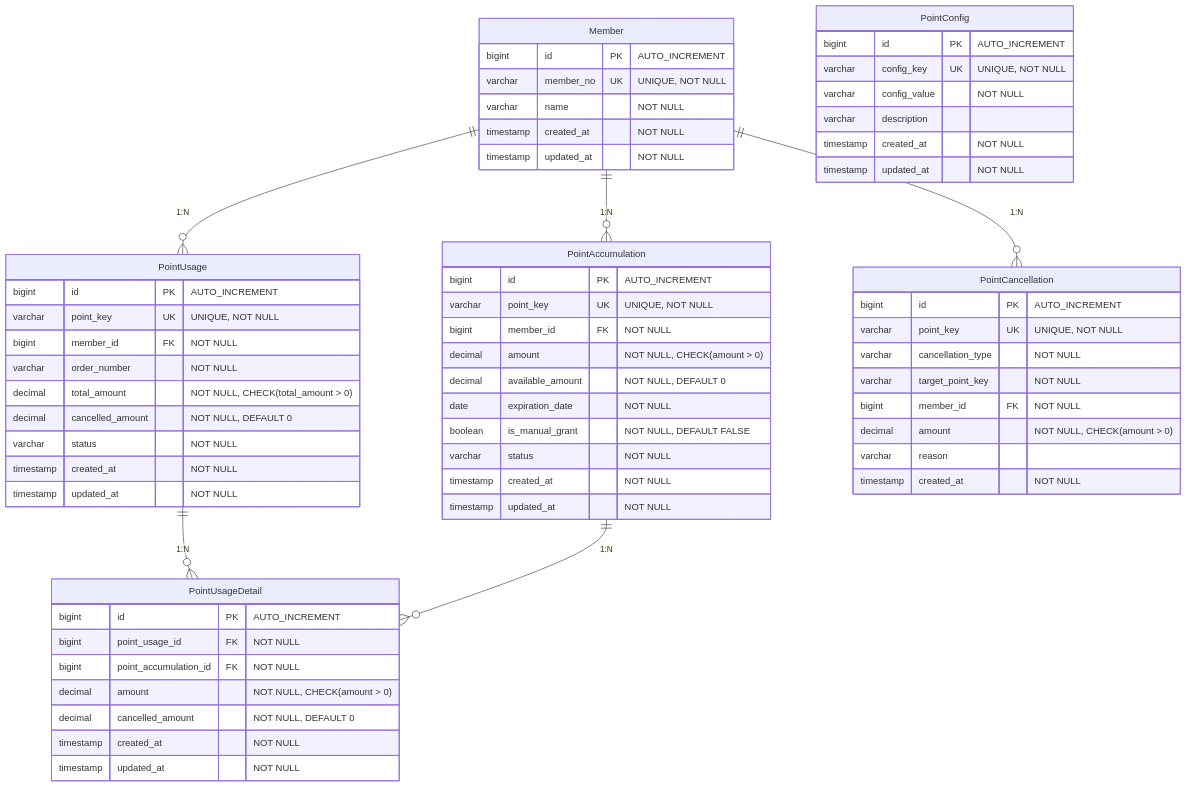
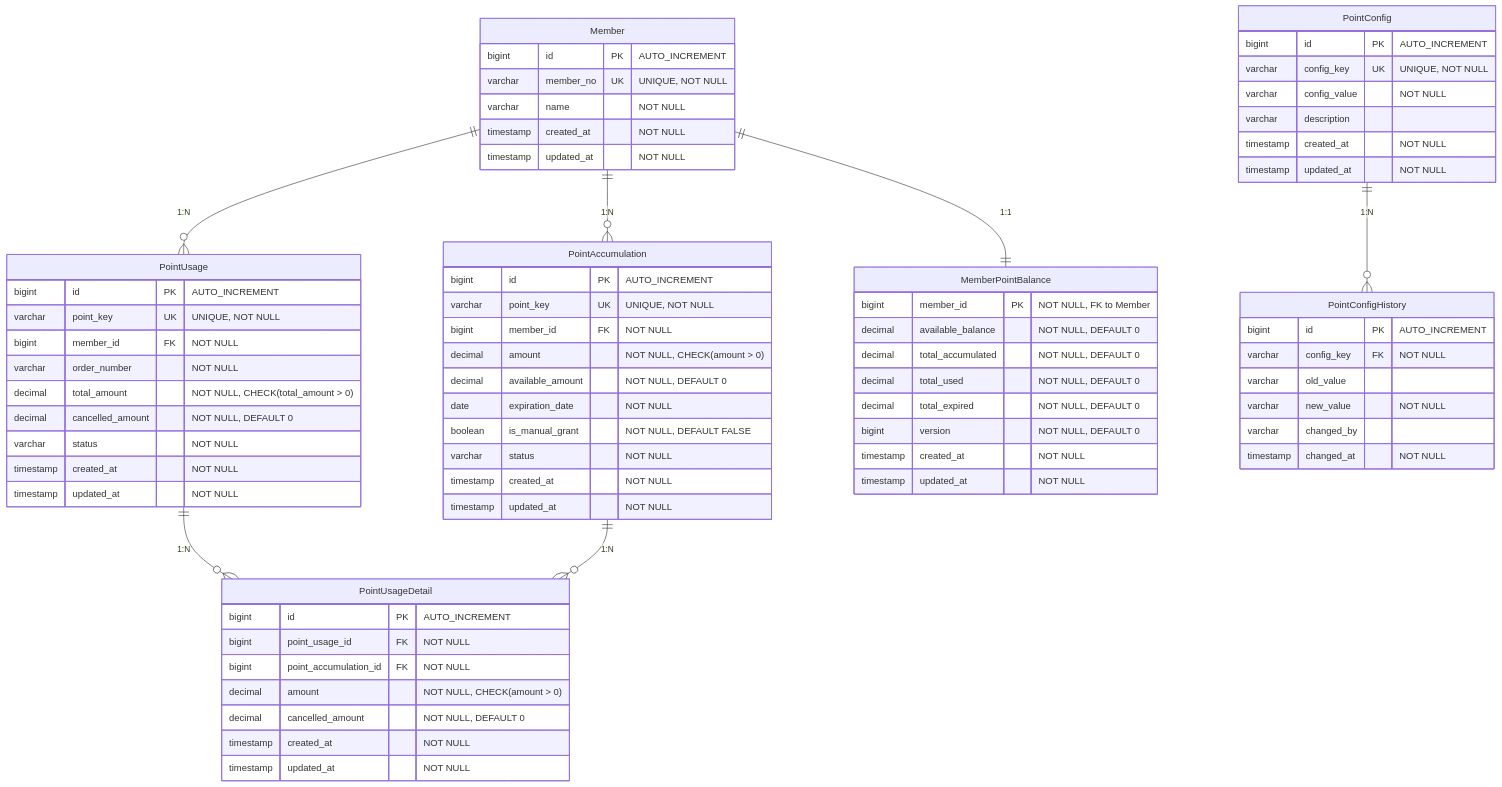
One commit to JiYoonKimjimmy/musinsa-payments-2025 changed the diagram in resource/scripts/erd.mmd. Above: the diagram before and after it, drawn with Mermaid. The commit also changed 19 other files, not shown here.

```diff
--- a/resource/scripts/erd.mmd
+++ b/resource/scripts/erd.mmd
@@ -1,69 +1,79 @@
 erDiagram
     Member ||--o{ PointAccumulation : "1:N"
     Member ||--o{ PointUsage : "1:N"
-    Member ||--o{ PointCancellation : "1:N"
+    Member ||--|| MemberPointBalance : "1:1"
     PointUsage ||--o{ PointUsageDetail : "1:N"
     PointAccumulation ||--o{ PointUsageDetail : "1:N"
+    PointConfig ||--o{ PointConfigHistory : "1:N"
     
     Member {
         bigint id PK "AUTO_INCREMENT"
         varchar member_no UK "UNIQUE, NOT NULL"
         varchar name "NOT NULL"
         timestamp created_at "NOT NULL"
         timestamp updated_at "NOT NULL"
     }
     
     PointAccumulation {
         bigint id PK "AUTO_INCREMENT"
         varchar point_key UK "UNIQUE, NOT NULL"
         bigint member_id FK "NOT NULL"
         decimal amount "NOT NULL, CHECK(amount > 0)"
         decimal available_amount "NOT NULL, DEFAULT 0"
         date expiration_date "NOT NULL"
         boolean is_manual_grant "NOT NULL, DEFAULT FALSE"
         varchar status "NOT NULL"
         timestamp created_at "NOT NULL"
         timestamp updated_at "NOT NULL"
     }
     
     PointUsage {
         bigint id PK "AUTO_INCREMENT"
         varchar point_key UK "UNIQUE, NOT NULL"
         bigint member_id FK "NOT NULL"
         varchar order_number "NOT NULL"
         decimal total_amount "NOT NULL, CHECK(total_amount > 0)"
         decimal cancelled_amount "NOT NULL, DEFAULT 0"
         varchar status "NOT NULL"
         timestamp created_at "NOT NULL"
         timestamp updated_at "NOT NULL"
     }
     
     PointUsageDetail {
         bigint id PK "AUTO_INCREMENT"
         bigint point_usage_id FK "NOT NULL"
         bigint point_accumulation_id FK "NOT NULL"
         decimal amount "NOT NULL, CHECK(amount > 0)"
         decimal cancelled_amount "NOT NULL, DEFAULT 0"
         timestamp created_at "NOT NULL"
         timestamp updated_at "NOT NULL"
     }
     
     PointConfig {
         bigint id PK "AUTO_INCREMENT"
         varchar config_key UK "UNIQUE, NOT NULL"
         varchar config_value "NOT NULL"
         varchar description
         timestamp created_at "NOT NULL"
         timestamp updated_at "NOT NULL"
     }
     
-    PointCancellation {
+    PointConfigHistory {
         bigint id PK "AUTO_INCREMENT"
-        varchar point_key UK "UNIQUE, NOT NULL"
-        varchar cancellation_type "NOT NULL"
-        varchar target_point_key "NOT NULL"
-        bigint member_id FK "NOT NULL"
-        decimal amount "NOT NULL, CHECK(amount > 0)"
-        varchar reason
+        varchar config_key FK "NOT NULL"
+        varchar old_value
+        varchar new_value "NOT NULL"
+        varchar changed_by
+        timestamp changed_at "NOT NULL"
+    }
+    
+    MemberPointBalance {
+        bigint member_id PK "NOT NULL, FK to Member"
+        decimal available_balance "NOT NULL, DEFAULT 0"
+        decimal total_accumulated "NOT NULL, DEFAULT 0"
+        decimal total_used "NOT NULL, DEFAULT 0"
+        decimal total_expired "NOT NULL, DEFAULT 0"
+        bigint version "NOT NULL, DEFAULT 0"
         timestamp created_at "NOT NULL"
+        timestamp updated_at "NOT NULL"
     }
```
